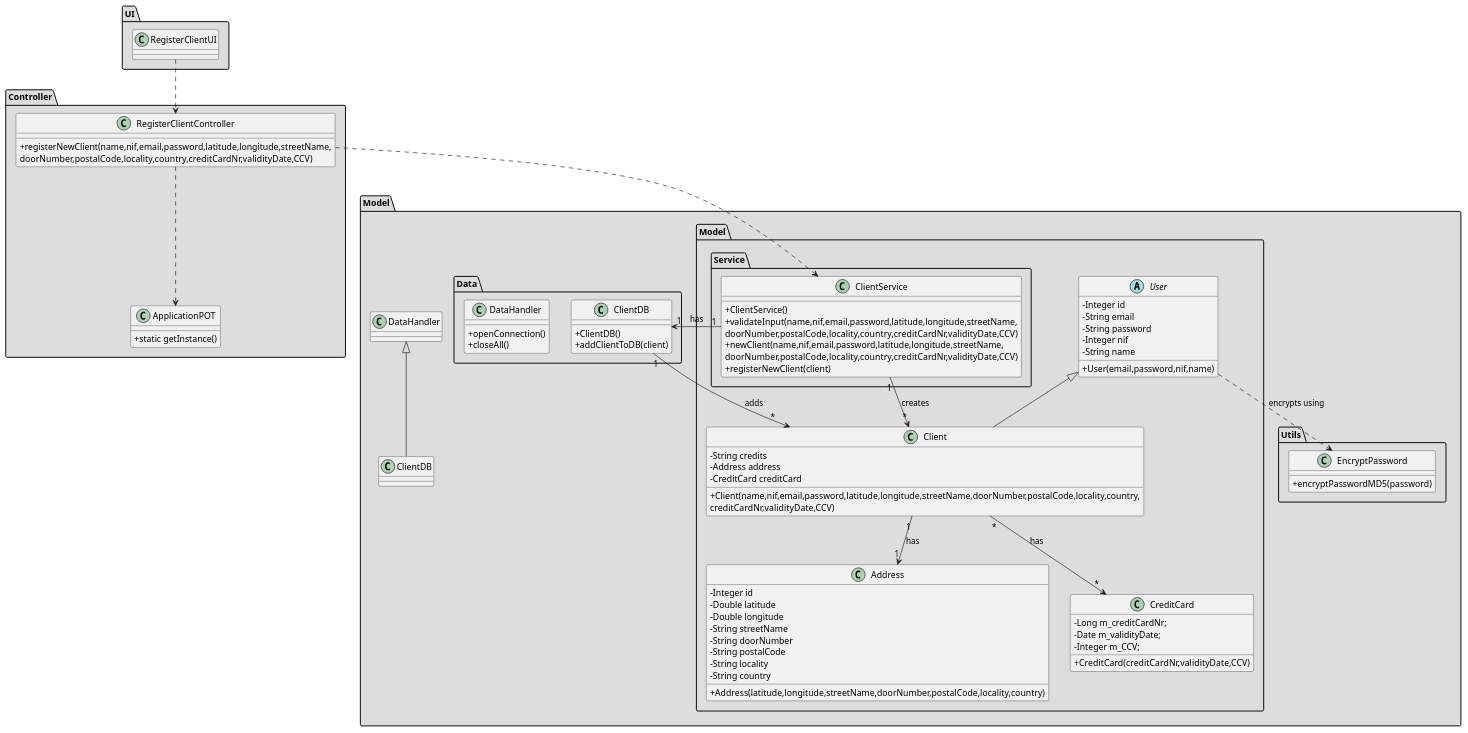
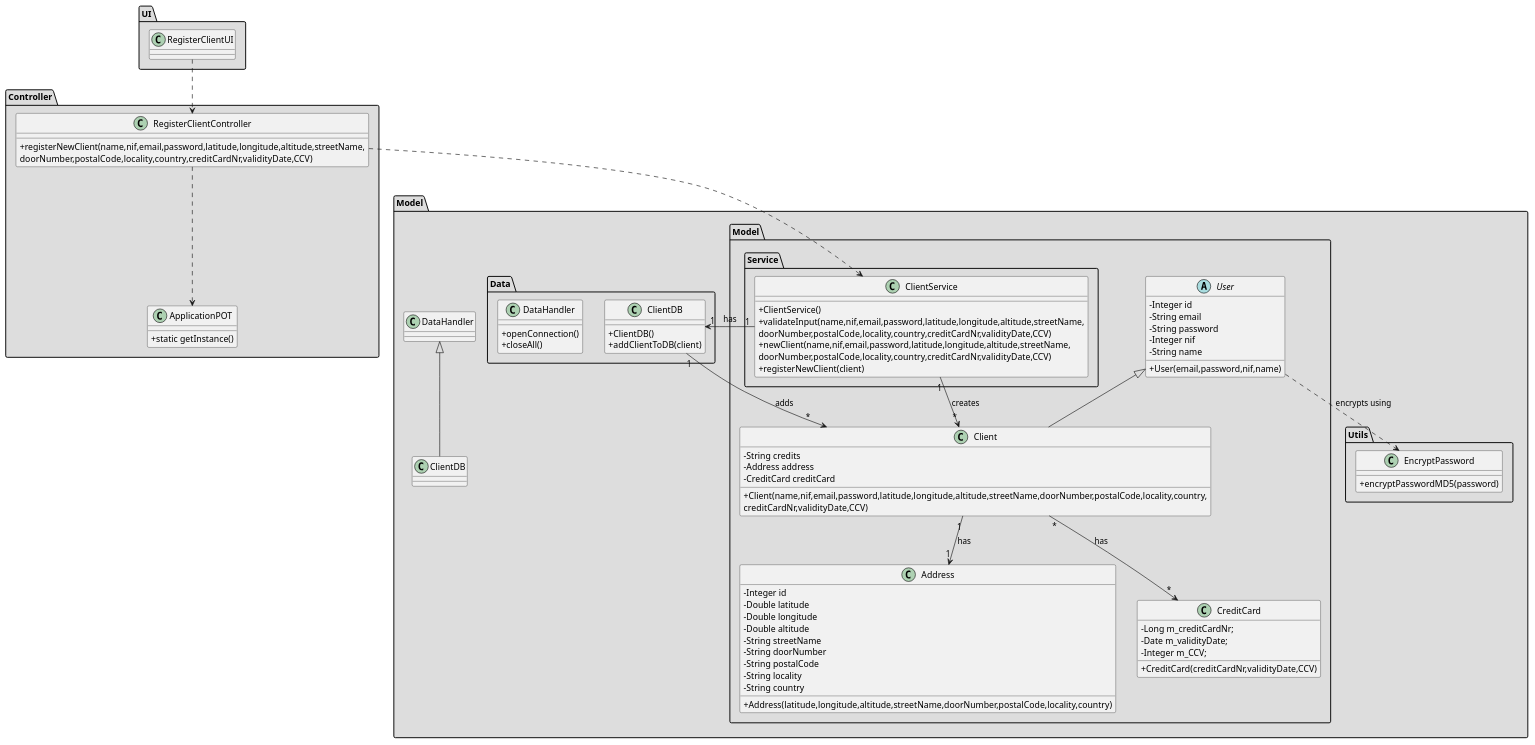
Before and after one commit to tiagoavcosta25/LAPR3: the diagram in docs/Iteration 3/User Management/Refinement/US18_RegisterClient/US18_CD.puml, drawn with PlantUML. The commit also changed 23 other files, not shown here.

```diff
--- a/docs/Iteration 3/User Management/Refinement/US18_RegisterClient/US18_CD.puml
+++ b/docs/Iteration 3/User Management/Refinement/US18_RegisterClient/US18_CD.puml
@@ -1,120 +1,121 @@
 @startuml
 skinparam classAttributeIconSize 0
 
 
 package "Controller" #DDDDDD {
 class ApplicationPOT
 {
   +static getInstance()
 }
 }
 
 
 package "UI" #DDDDDD {
 class RegisterClientUI{
 
 }
 }
 
 
 package "Controller" #DDDDDD {
 class RegisterClientController{
-+registerNewClient(name,nif,email,password,latitude,longitude,streetName,\ndoorNumber,postalCode,locality,country,creditCardNr,validityDate,CCV)
++registerNewClient(name,nif,email,password,latitude,longitude,altitude,streetName,\ndoorNumber,postalCode,locality,country,creditCardNr,validityDate,CCV)
 }
 }
 
 
 package "Model" #DDDDDD {
 
 
 
 
 
 
 package "Model" #DDDDDD {
 abstract class User{
 -Integer id
 -String email
 -String password
 -Integer nif
 -String name
 +User(email,password,nif,name)
 }
 
 package Service #DDDDDD {
 
 class ClientService{
 +ClientService()
-+validateInput(name,nif,email,password,latitude,longitude,streetName,\ndoorNumber,postalCode,locality,country,creditCardNr,validityDate,CCV)
-+newClient(name,nif,email,password,latitude,longitude,streetName,\ndoorNumber,postalCode,locality,country,creditCardNr,validityDate,CCV)
++validateInput(name,nif,email,password,latitude,longitude,altitude,streetName,\ndoorNumber,postalCode,locality,country,creditCardNr,validityDate,CCV)
++newClient(name,nif,email,password,latitude,longitude,altitude,streetName,\ndoorNumber,postalCode,locality,country,creditCardNr,validityDate,CCV)
 +registerNewClient(client)
 }
 
 }
 
 class Client extends User
 
 class Client{
 -String credits
 -Address address
 -CreditCard creditCard
-+Client(name,nif,email,password,latitude,longitude,streetName,doorNumber,postalCode,locality,country,
++Client(name,nif,email,password,latitude,longitude,altitude,streetName,doorNumber,postalCode,locality,country,
                         creditCardNr,validityDate,CCV)
 }
 
 class Address{
 -Integer id
 -Double latitude
 -Double longitude
+-Double altitude
 -String streetName
 -String doorNumber
 -String postalCode
 -String locality
 -String country
-+Address(latitude,longitude,streetName,doorNumber,postalCode,locality,country)
++Address(latitude,longitude,altitude,streetName,doorNumber,postalCode,locality,country)
 }
 
 class CreditCard{
 -Long m_creditCardNr;
 -Date m_validityDate;
 -Integer m_CCV;
 +CreditCard(creditCardNr,validityDate,CCV)
 }
 
 }
 
 
 package "Data" #DDDDDD {
 class DataHandler{
 +openConnection()
 +closeAll()
 }
 
  class ClientDB{
  +ClientDB()
  +addClientToDB(client)
  }
 
 }
 
 package "Utils" #DDDDDD {
 class EncryptPassword {
 +encryptPasswordMD5(password)
 }
 
 }
 
 
 
 RegisterClientUI ..> RegisterClientController
 RegisterClientController ..> ApplicationPOT
 RegisterClientController ..> ClientService
 ClientService "1" --> "*" Client : creates
 ClientService "1" -> "1" ClientDB : has
 ClientDB "1" --> "*" Client : adds
 class ClientDB extends DataHandler
 Client "1" --> "1" Address : has
 Client "*" --> "*" CreditCard : has
 User ..> EncryptPassword : encrypts using
 
 @enduml
```
